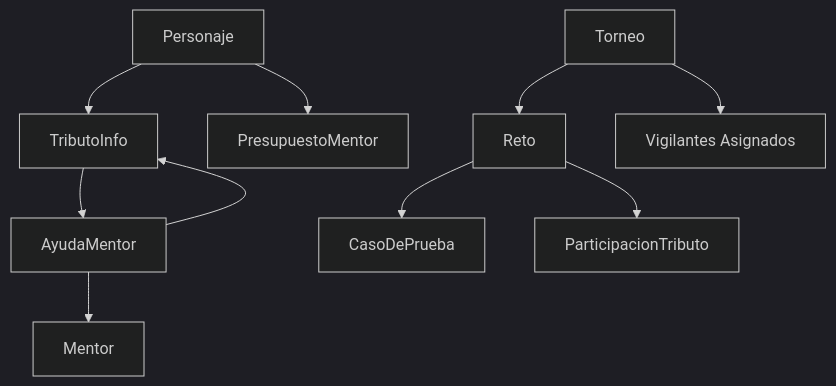
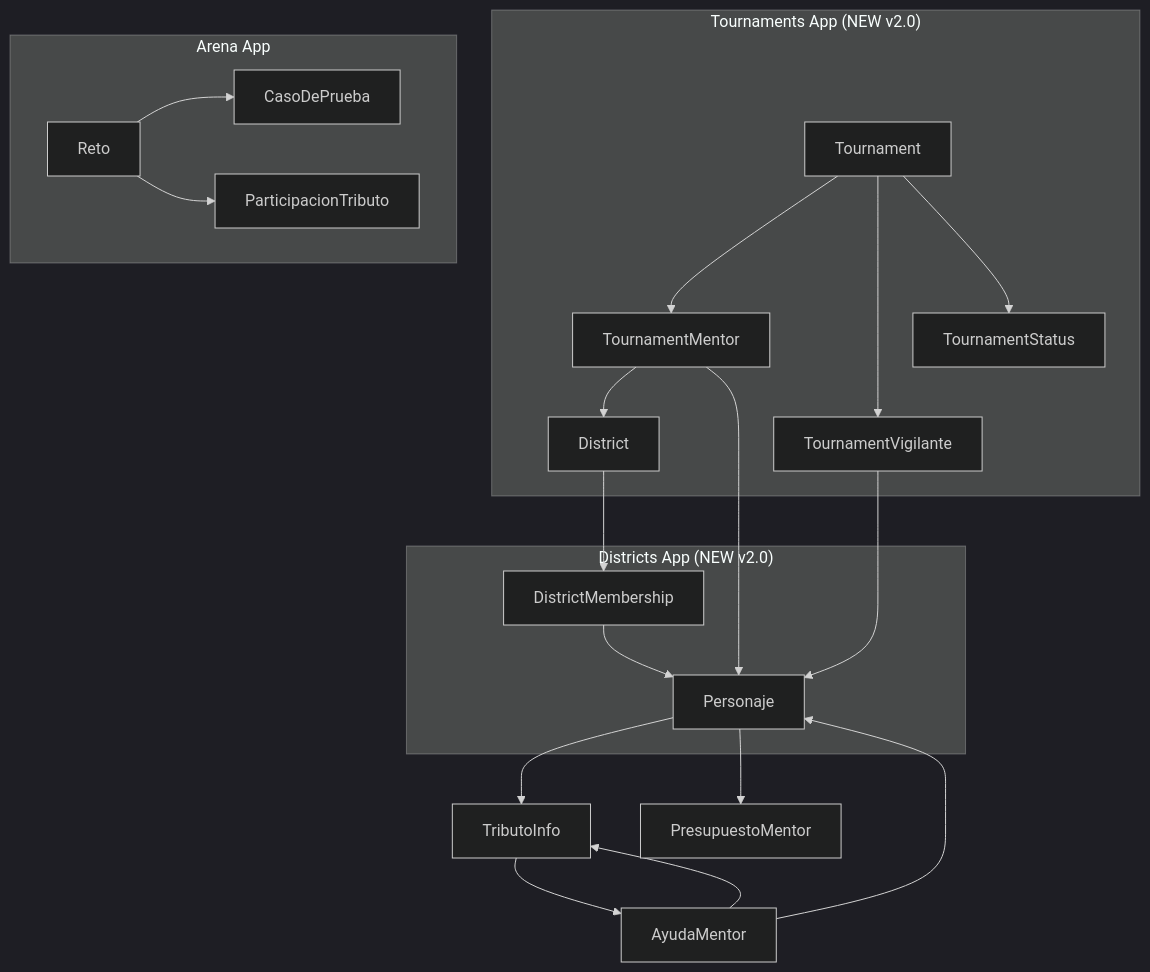
The diagram in README.md (NicoButter/UNPA_Coding_Games), drawn with Mermaid (dark theme) before and after one commit. The commit also changed other lines of this file and 1 other file, not shown here.

Commit message:
feat: Update requirements specification and README for v2.0, adding advanced tournament management features, district management, and new roles for mentors and vigilantes.

````diff
--- a/README.md
+++ b/README.md
@@ -140,12 +185,28 @@
 ```mermaid
 graph TD
     A[Personaje] --> B[TributoInfo]
     A --> C[PresupuestoMentor]
     B --> D[AyudaMentor]
-    E[Torneo] --> F[Reto]
-    F --> G[CasoDePrueba]
-    F --> H[ParticipacionTributo]
-    E --> I[Vigilantes Asignados]
-    D --> J[Mentor]
+    
+    subgraph "Tournaments App (NEW v2.0)"
+        E2[Tournament] --> F2[TournamentMentor]
+        E2 --> G2[TournamentVigilante]
+        E2 --> H2[TournamentStatus]
+        F2 --> I2[District]
+    end
+    
+    subgraph "Districts App (NEW v2.0)"
+        I2[District] --> J2[DistrictMembership]
+        J2 --> A
+    end
+    
+    subgraph "Arena App"
+        E[Reto] --> F[CasoDePrueba]
+        E --> G[ParticipacionTributo]
+    end
+    
+    D --> A
     D --> B
+    F2 --> A
+    G2 --> A
 ```
````
